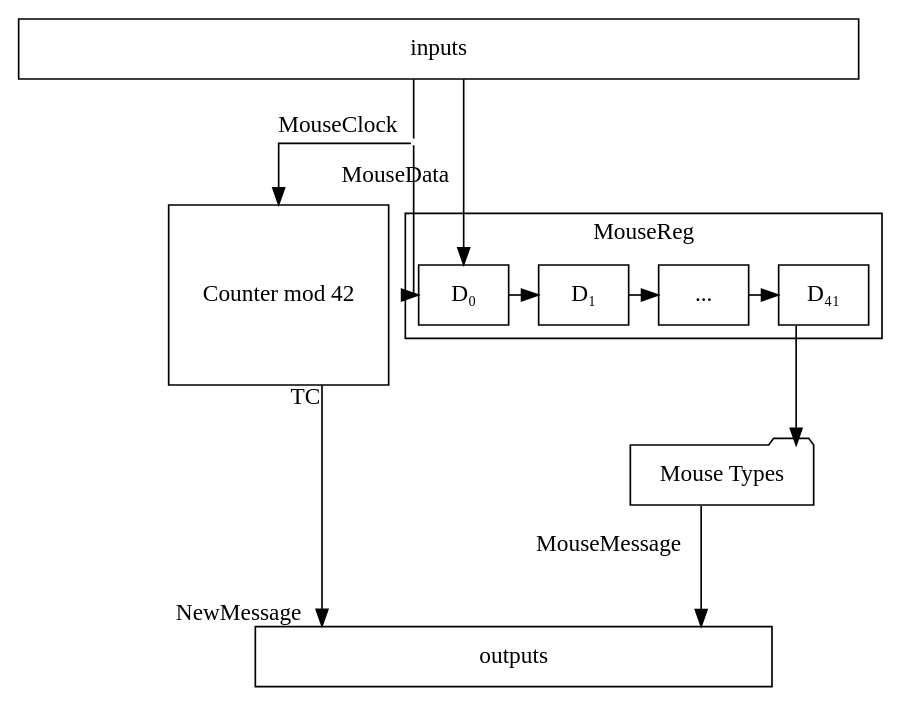
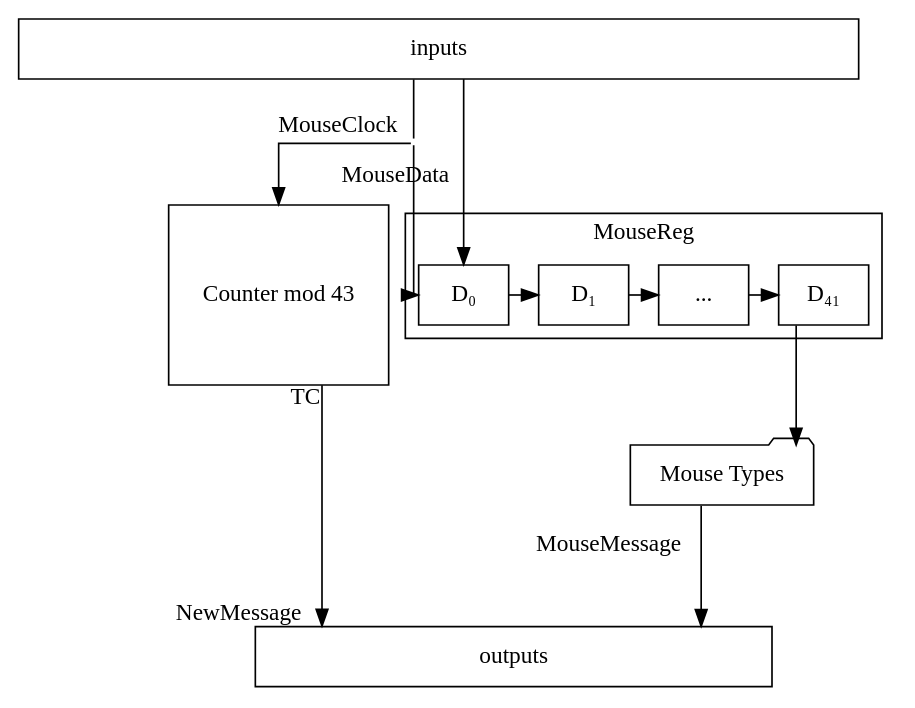
One commit to Raffy27/MouseDecoder changed the diagram in Docs/MDComponent.gv. Above: the diagram before and after it, drawn with Graphviz. The commit also changed 4 other files, not shown here.

```diff
--- a/Docs/MDComponent.gv
+++ b/Docs/MDComponent.gv
@@ -1,32 +1,32 @@
 digraph {
 	node [shape=box]
 	splines=ortho
 
 	inputs [width=7]
 
-	counter [label="Counter mod 42" shape=box height=1.5]
+	counter [label="Counter mod 43" shape=box height=1.5]
 	inputs -> mcdiv [headlabel="MouseClock " arrowhead=none]
 	mcdiv [shape=point style=invis]
 	mcdiv -> { counter reg0 }
 
 	subgraph cluster_reg {
 		label="MouseReg"
 		node[shape=box]
 		{
 			rank=same
 			reg0 [label="D₀"]
 			reg1 [label="D₁"]
 			reg0 -> reg1  -> regdot -> regn
 			regdot [label="..."]
 			regn [label="D₄₁"]
 		}
 	}
 
 	inputs -> reg0 [xlabel="MouseData"]
 	counter -> outputs [taillabel="TC" headlabel="NewMessage " minlen=3]
 	regn -> mtypes
 	mtypes -> outputs [xlabel="MouseMessage"]
 
 	mtypes [label="Mouse Types" shape=folder]
 	outputs [width=4.3]
 }
```
